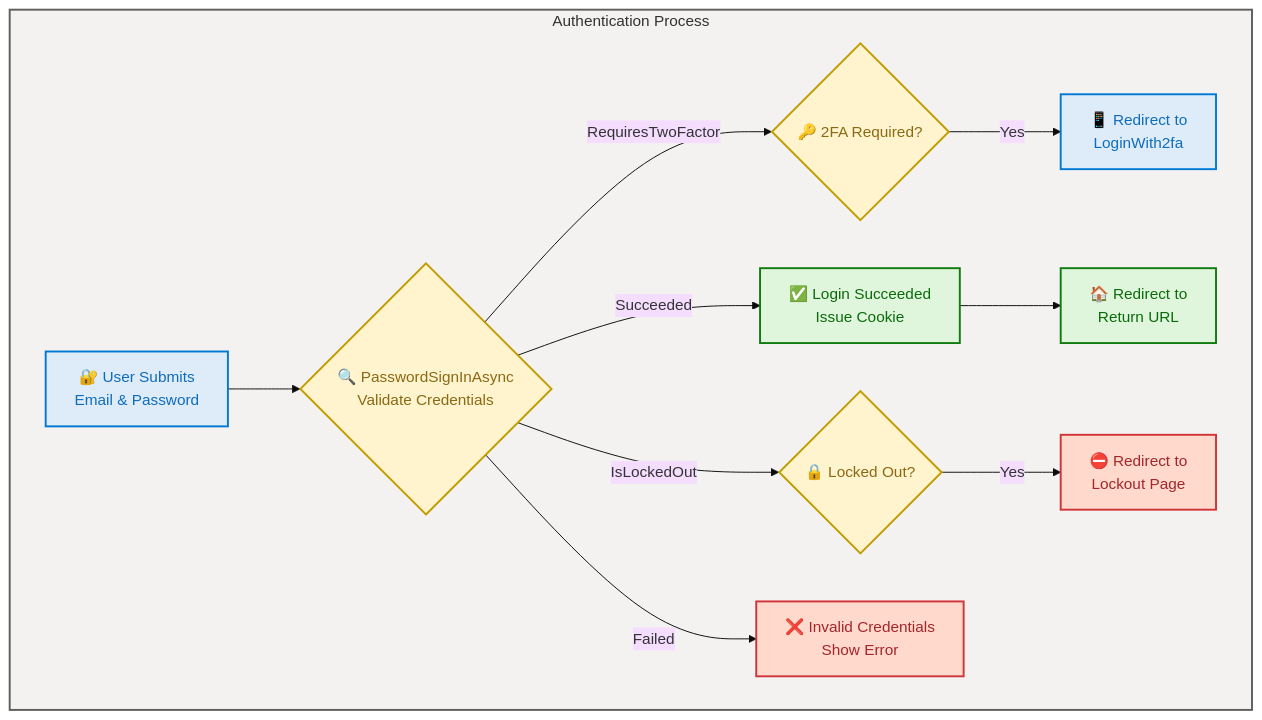
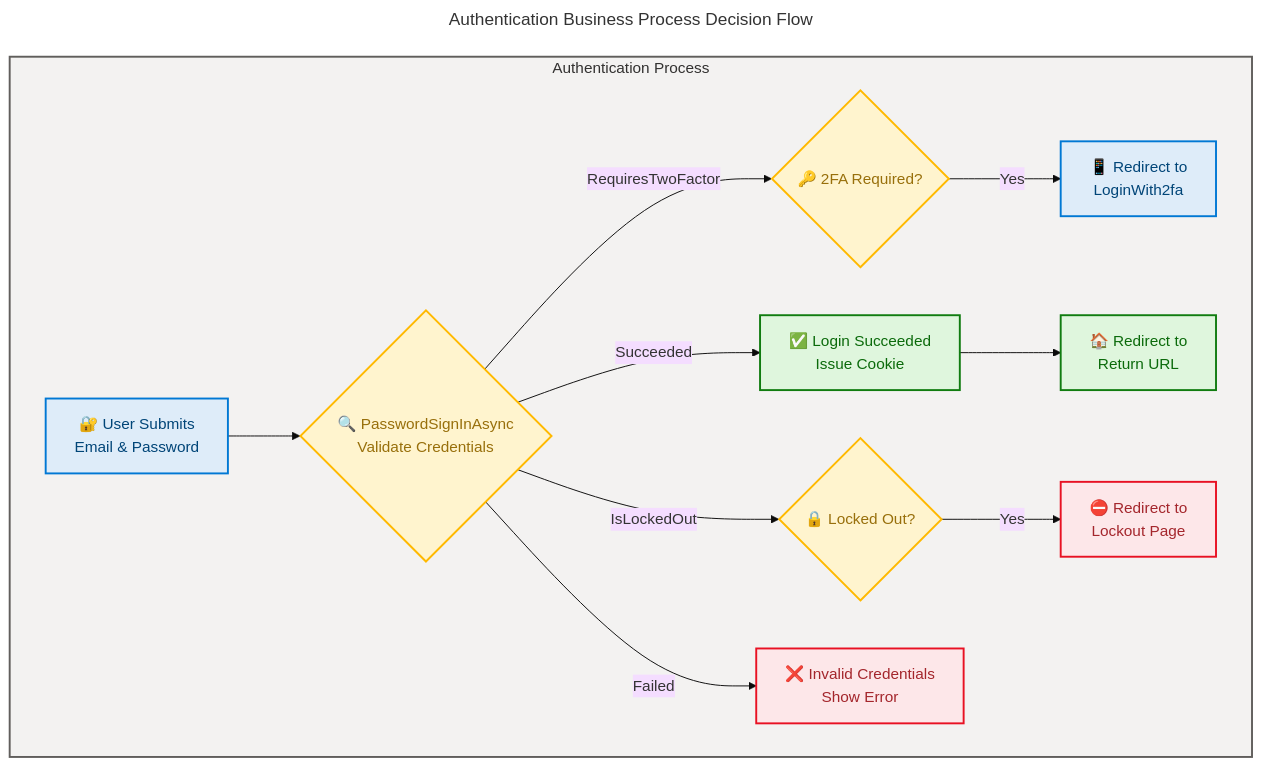
One commit to Evilazaro/IdentityProvider changed the ninth of 11 diagrams in docs/architecture/business-architecture.md. Above: the diagram before and after it, drawn with Mermaid.

Commit message:
Enhance Authentication Business Process Decision Flow diagram with improved semantic structure, accessibility features, and styling for better clarity in business architecture documentation

````diff
--- a/docs/architecture/business-architecture.md
+++ b/docs/architecture/business-architecture.md
@@ -1125,45 +1125,62 @@
 ```mermaid
 ---
+title: Authentication Business Process Decision Flow
 config:
   theme: base
   look: classic
   layout: dagre
   themeVariables:
     fontSize: '16px'
+  flowchart:
+    htmlLabels: true
 ---
 flowchart TD
     accTitle: Authentication Business Process Decision Flow
     accDescr: Shows the login decision tree including credential validation, lockout check, 2FA requirement, and session establishment
+
+    %% ═══════════════════════════════════════════════════════════════
+    %% AZURE / FLUENT ARCHITECTURE PATTERN v1.1
+    %% Semantic + Structural + Font + Accessibility Governance
+    %% ═══════════════════════════════════════════════════════════════
+    %% PHASE 1 — STRUCTURAL: Direction explicit, nesting ≤ 3
+    %% PHASE 2 — SEMANTIC: Max 5 classes, neutral-first
+    %% PHASE 3 — FONT: Dark text on light backgrounds ≥ 4.5:1
+    %% PHASE 4 — ACCESSIBILITY: accTitle + accDescr + icons on all nodes
+    %% PHASE 5 — STANDARD: Governance block + classDefs centralized
+    %% ═══════════════════════════════════════════════════════════════
 
     subgraph main["Authentication Process"]
         A["🔐 User Submits<br/>Email & Password"]
         B{"🔍 PasswordSignInAsync<br/>Validate Credentials"}
         C["✅ Login Succeeded<br/>Issue Cookie"]
         D{"🔑 2FA Required?"}
         E["📱 Redirect to<br/>LoginWith2fa"]
         F{"🔒 Locked Out?"}
         G["⛔ Redirect to<br/>Lockout Page"]
         H["❌ Invalid Credentials<br/>Show Error"]
         I["🏠 Redirect to<br/>Return URL"]
     end
 
     A --> B
     B -->|Succeeded| C
     B -->|RequiresTwoFactor| D
     B -->|IsLockedOut| F
     B -->|Failed| H
     D -->|Yes| E
     C --> I
     F -->|Yes| G
 
+    %% Semantic classDefs
+    classDef core fill:#DEECF9,stroke:#0078D4,stroke-width:2px,color:#004578
+    classDef success fill:#DFF6DD,stroke:#107C10,stroke-width:2px,color:#0B6A0B
+    classDef warning fill:#FFF4CE,stroke:#FFB900,stroke-width:2px,color:#986F0B
+    classDef danger fill:#FDE7E9,stroke:#E81123,stroke-width:2px,color:#A4262C
+
+    class A,E core
+    class C,I success
+    class B,D,F warning
+    class G,H danger
+
+    %% Subgraph styling
     style main fill:#F3F2F1,stroke:#605E5C,stroke-width:2px,color:#323130
-    style A fill:#DEECF9,stroke:#0078D4,stroke-width:2px,color:#0F6CBD
-    style B fill:#FFF4CE,stroke:#C19C00,stroke-width:2px,color:#8A6914
-    style C fill:#DFF6DD,stroke:#107C10,stroke-width:2px,color:#0B6A0B
-    style D fill:#FFF4CE,stroke:#C19C00,stroke-width:2px,color:#8A6914
-    style E fill:#DEECF9,stroke:#0078D4,stroke-width:2px,color:#0F6CBD
-    style F fill:#FFF4CE,stroke:#C19C00,stroke-width:2px,color:#8A6914
-    style G fill:#FED9CC,stroke:#D13438,stroke-width:2px,color:#A4262C
-    style H fill:#FED9CC,stroke:#D13438,stroke-width:2px,color:#A4262C
-    style I fill:#DFF6DD,stroke:#107C10,stroke-width:2px,color:#0B6A0B
 ```
````
